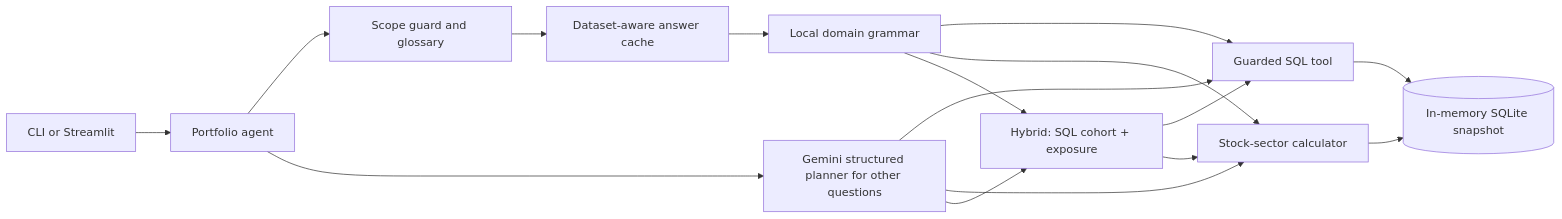
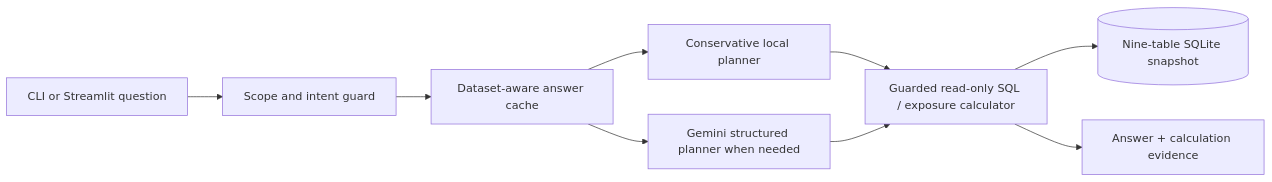
Before and after one commit to jeelsoni01/folioanchor: the diagram in README.md, drawn with Mermaid. The commit also changed other lines of this file and 10 other files, not shown here.

Commit message:
Document and demonstrate portfolio agent

````diff
--- a/README.md
+++ b/README.md
@@ -39,18 +33,11 @@
 ```mermaid
 flowchart LR
-    A[CLI or Streamlit] --> B[Portfolio agent]
-    B --> S[Scope guard and glossary]
-    S --> C[Dataset-aware answer cache]
-    C --> D[Local domain grammar]
-    D --> F[Guarded SQL tool]
-    D --> G[Stock-sector calculator]
-    B --> E[Gemini structured planner for other questions]
-    E --> F
-    E --> G
-    E --> I[Hybrid: SQL cohort + exposure]
-    D --> I
-    I --> F
-    I --> G
-    F --> H[(In-memory SQLite snapshot)]
-    G --> H
+    Q[CLI or Streamlit question] --> G[Scope and intent guard]
+    G --> C[Dataset-aware answer cache]
+    C --> L[Conservative local planner]
+    C --> M[Gemini structured planner when needed]
+    L --> T[Guarded read-only SQL / exposure calculator]
+    M --> T
+    T --> D[(Nine-table SQLite snapshot)]
+    T --> A[Answer + calculation evidence]
 ```
````
